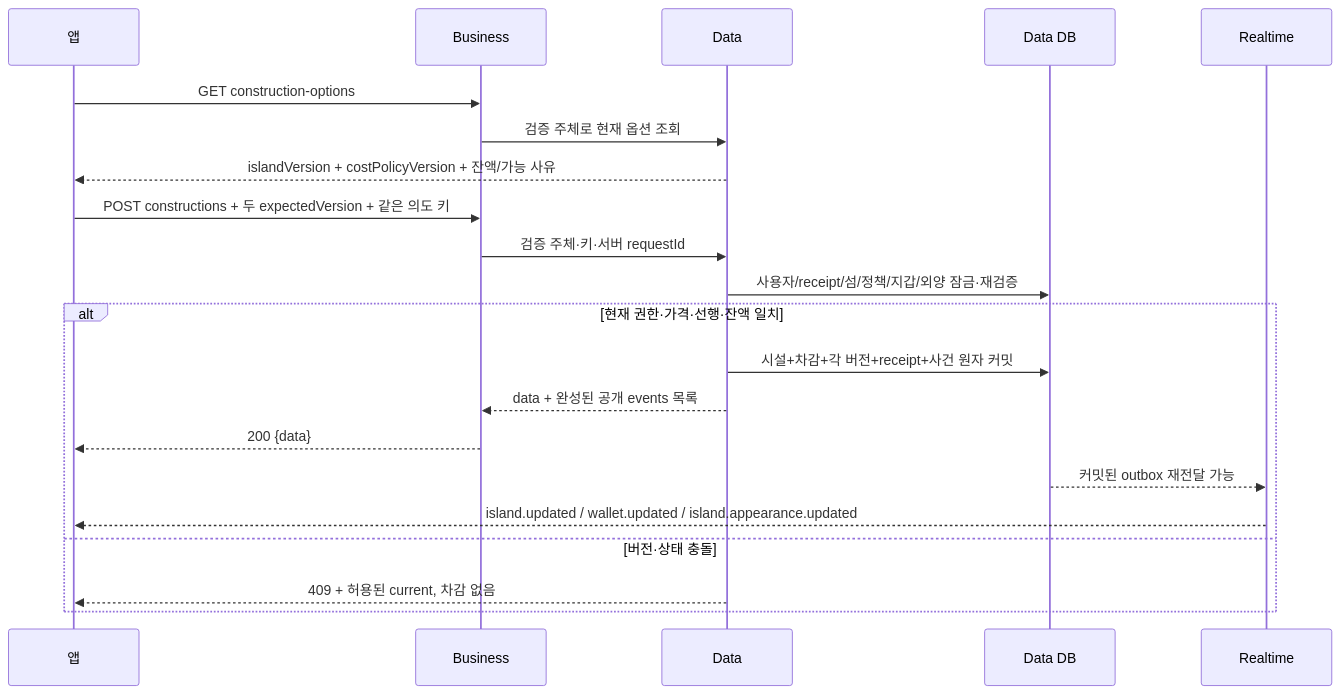
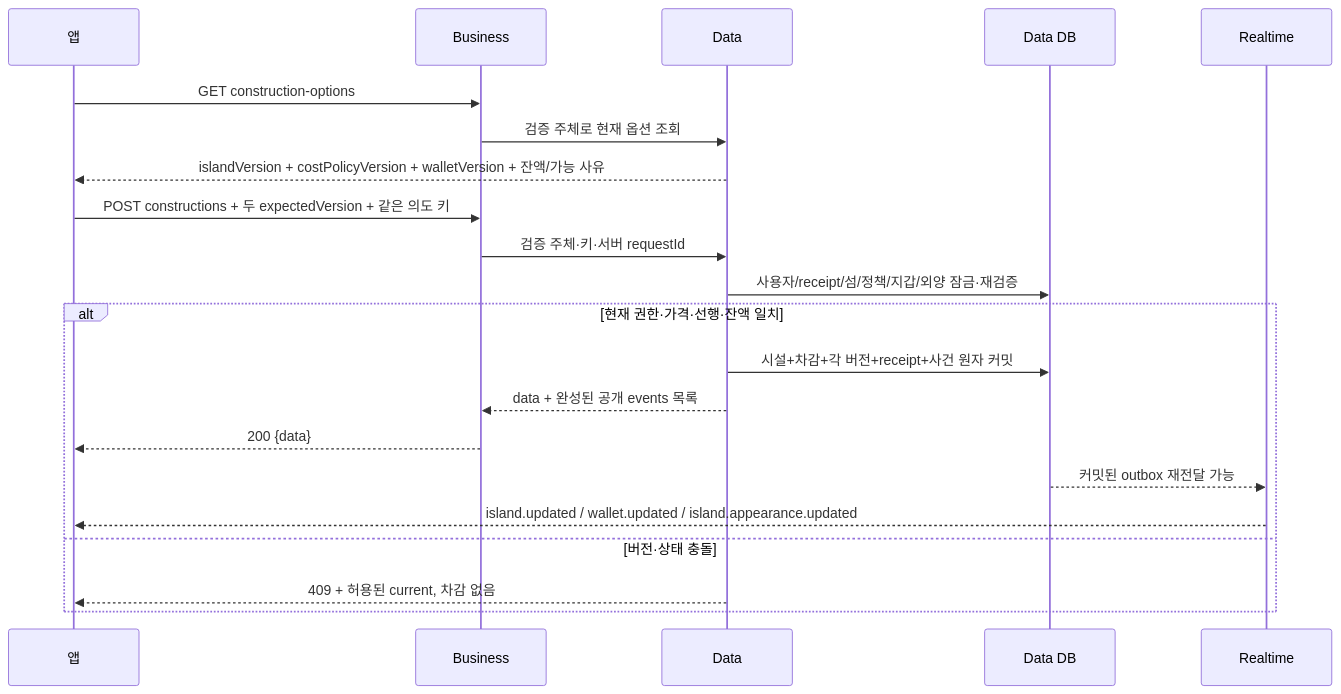
Before and after one commit to OneOrThree/phone: the third of 3 diagrams in docs/prd/island-construction/high-level-design.md, drawn with Mermaid. The commit also changed other lines of this file and 3 other files, not shown here.

````diff
--- a/docs/prd/island-construction/high-level-design.md
+++ b/docs/prd/island-construction/high-level-design.md
@@ -32,23 +32,23 @@
 ```mermaid
 sequenceDiagram
   participant A as 앱
   participant B as Business
   participant D as Data
   participant DB as Data DB
   participant R as Realtime
   A->>B: GET construction-options
   B->>D: 검증 주체로 현재 옵션 조회
-  D-->>A: islandVersion + costPolicyVersion + 잔액/가능 사유
+  D-->>A: islandVersion + costPolicyVersion + walletVersion + 잔액/가능 사유
   A->>B: POST constructions + 두 expectedVersion + 같은 의도 키
   B->>D: 검증 주체·키·서버 requestId
   D->>DB: 사용자/receipt/섬/정책/지갑/외양 잠금·재검증
   alt 현재 권한·가격·선행·잔액 일치
     D->>DB: 시설+차감+각 버전+receipt+사건 원자 커밋
     D-->>B: data + 완성된 공개 events 목록
     B-->>A: 200 {data}
     DB-->>R: 커밋된 outbox 재전달 가능
     R-->>A: island.updated / wallet.updated / island.appearance.updated
   else 버전·상태 충돌
     D-->>A: 409 + 허용된 current, 차감 없음
   end
 ```
````
